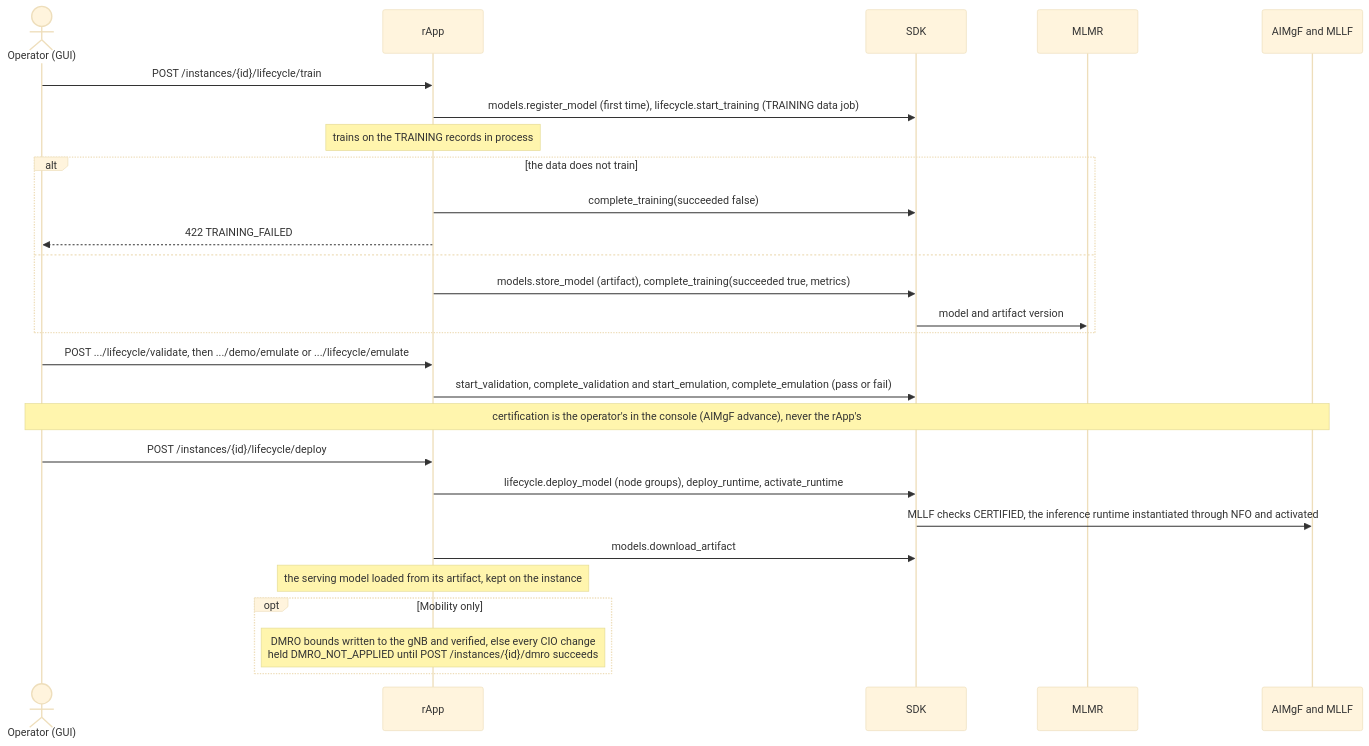
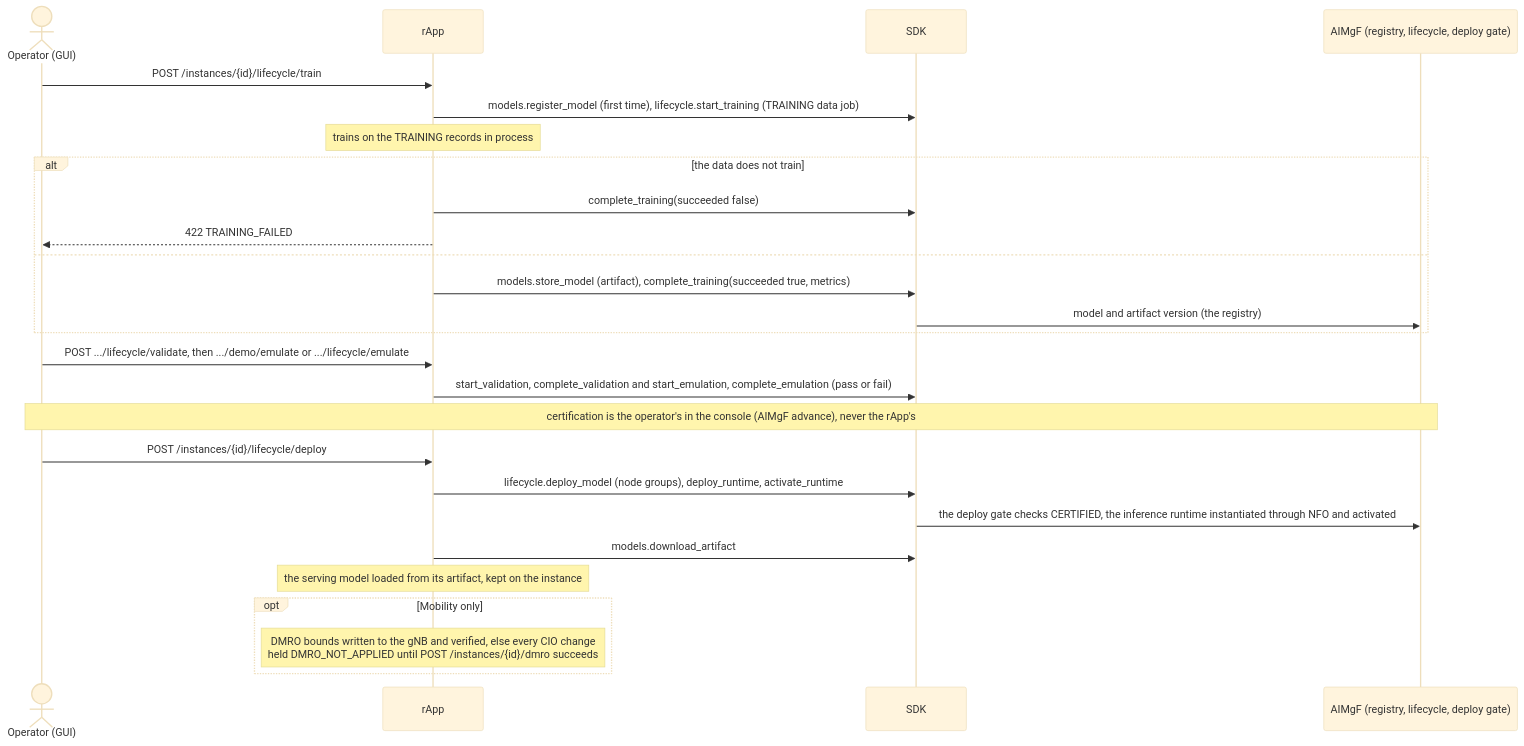
The third of 6 diagrams in smo/samples/docs/lifecycle.md (rsys-bshankar/ai-ran-smo), drawn with Mermaid (base theme) before and after one commit. The commit also changed 265 other files, not shown here.

First line of the commit message:
Every caller on /aimgf; MLMR and MLLF removed (S2.4, S2.8, S2.9) (#569)

````diff
--- a/smo/samples/docs/lifecycle.md
+++ b/smo/samples/docs/lifecycle.md
@@ -99,30 +99,29 @@
 ```mermaid
 sequenceDiagram
     actor Op as Operator (GUI)
     participant App as rApp
     participant SDK as SDK
-    participant MLMR as MLMR
-    participant AIMgF as AIMgF and MLLF
+    participant AIMgF as AIMgF (registry, lifecycle, deploy gate)
 
     Op->>App: POST /instances/{id}/lifecycle/train
     App->>SDK: models.register_model (first time), lifecycle.start_training (TRAINING data job)
     Note over App: trains on the TRAINING records in process
     alt the data does not train
         App->>SDK: complete_training(succeeded false)
         App-->>Op: 422 TRAINING_FAILED
     else
         App->>SDK: models.store_model (artifact), complete_training(succeeded true, metrics)
-        SDK->>MLMR: model and artifact version
+        SDK->>AIMgF: model and artifact version (the registry)
     end
     Op->>App: POST .../lifecycle/validate, then .../demo/emulate or .../lifecycle/emulate
     App->>SDK: start_validation, complete_validation and start_emulation, complete_emulation (pass or fail)
     Note over Op,AIMgF: certification is the operator's in the console (AIMgF advance), never the rApp's
     Op->>App: POST /instances/{id}/lifecycle/deploy
     App->>SDK: lifecycle.deploy_model (node groups), deploy_runtime, activate_runtime
-    SDK->>AIMgF: MLLF checks CERTIFIED, the inference runtime instantiated through NFO and activated
+    SDK->>AIMgF: the deploy gate checks CERTIFIED, the inference runtime instantiated through NFO and activated
     App->>SDK: models.download_artifact
     Note over App: the serving model loaded from its artifact, kept on the instance
     opt Mobility only
         Note over App: DMRO bounds written to the gNB and verified, else every CIO change<br/>held DMRO_NOT_APPLIED until POST /instances/{id}/dmro succeeds
     end
 ```
````
